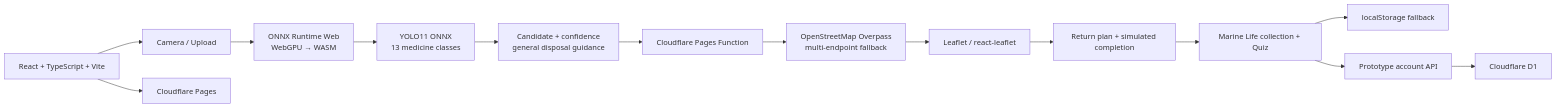
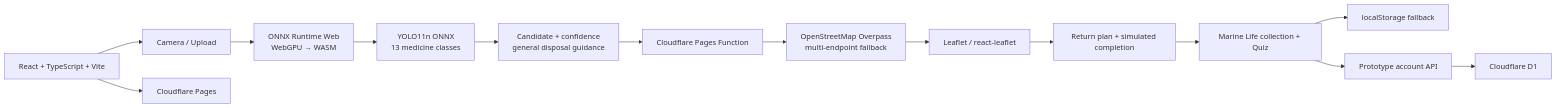
One commit to syshpagamo-hue/MediCycle-Web changed the diagram in README.md. Above: the diagram before and after it, drawn with Mermaid. The commit also changed other lines of this file and 3 other files, not shown here.

````diff
--- a/README.md
+++ b/README.md
@@ -49,16 +56,16 @@
 ```mermaid
 flowchart LR
     A[React + TypeScript + Vite] --> B[Camera / Upload]
     B --> C[ONNX Runtime Web<br/>WebGPU → WASM]
-    C --> D[YOLO11 ONNX<br/>13 medicine classes]
+    C --> D[YOLO11n ONNX<br/>13 medicine classes]
     D --> E[Candidate + confidence<br/>general disposal guidance]
     E --> F[Cloudflare Pages Function]
     F --> L[OpenStreetMap Overpass<br/>multi-endpoint fallback]
     L --> G[Leaflet / react-leaflet]
     G --> H[Return plan + simulated completion]
     H --> I[Marine Life collection + Quiz]
     I --> J[localStorage fallback]
     I --> M[Prototype account API]
     M --> N[Cloudflare D1]
     A --> K[Cloudflare Pages]
 ```
````
